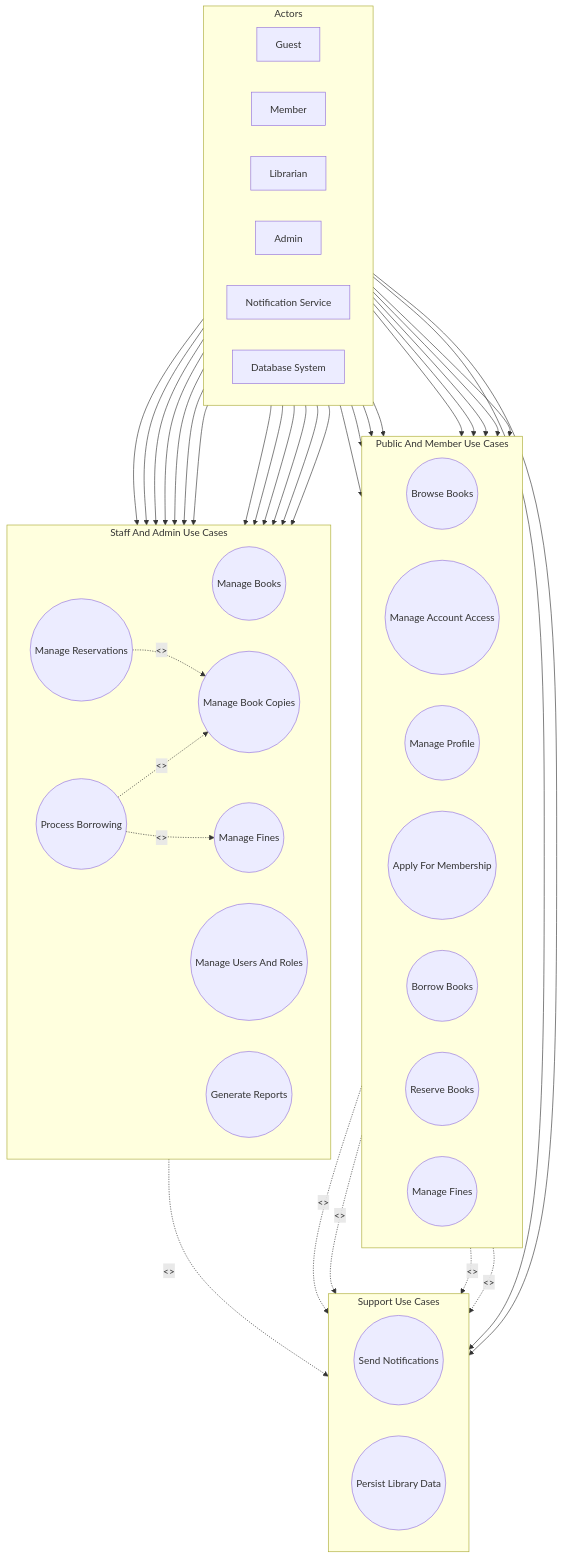
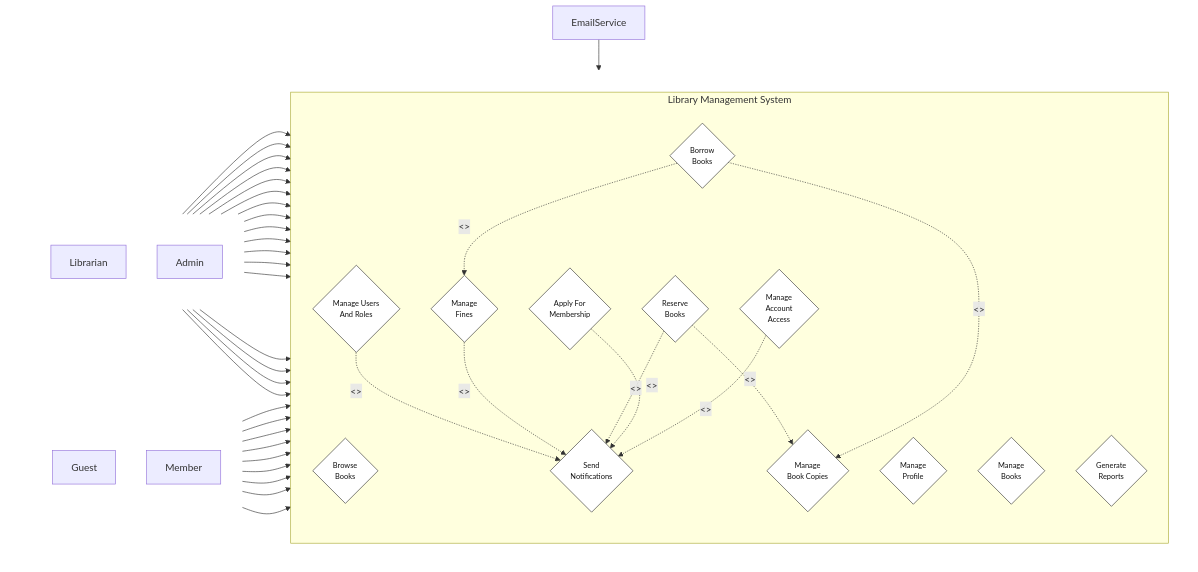
One commit to SWP391-LibraryManagement/LibraryManagement changed the diagram in document/RDS.md. Above: the diagram before and after it, drawn with Mermaid. The commit also changed other lines of this file, not shown here.

Commit message:
rds: remake presentation of use case diagram

````diff
--- a/document/RDS.md
+++ b/document/RDS.md
@@ -112,76 +111,82 @@
 ```mermaid
 flowchart TB
-  subgraph Actors[Actors]
+  subgraph TopRow[" "]
     direction LR
-    Guest[Guest]
-    Member[Member]
-    Librarian[Librarian]
-    Admin[Admin]
-    NotificationService[Notification Service]
-    DatabaseSystem[Database System]
+    subgraph LeftActors[" "]
+      direction TB
+      Guest[Guest]
+      Member[Member]
+    end
+
+    subgraph LMS[Library Management System]
+      direction TB
+      UC01{"Browse<br/>Books"}
+      UC02{"Manage<br/>Account<br/>Access"}
+      UC03{"Manage<br/>Profile"}
+      UC04{"Apply For<br/>Membership"}
+      UC05{"Manage<br/>Books"}
+      UC06{"Manage<br/>Book Copies"}
+      UC07{"Borrow<br/>Books"}
+      UC08{"Reserve<br/>Books"}
+      UC09{"Manage<br/>Fines"}
+      UC10{"Send<br/>Notifications"}
+      UC11{"Manage Users<br/>And Roles"}
+      UC12{"Generate<br/>Reports"}
+    end
+
+    subgraph RightActors[" "]
+      direction TB
+      Librarian[Librarian]
+      Admin[Admin]
+    end
   end
 
-  subgraph PublicMember[Public And Member Use Cases]
-    direction LR
-    UC01((Browse Books))
-    UC02((Manage Account Access))
-    UC03((Manage Profile))
-    UC04((Apply For Membership))
-    UC07((Borrow Books))
-    UC08((Reserve Books))
-    UC09((Manage Fines))
-  end
-
-  subgraph StaffAdmin[Staff And Admin Use Cases]
-    direction LR
-    UC05((Manage Books))
-    UC06((Manage Book Copies))
-    UC07S((Process Borrowing))
-    UC08S((Manage Reservations))
-    UC09S((Manage Fines))
-    UC11((Manage Users And Roles))
-    UC12((Generate Reports))
-  end
-
-  subgraph Support[Support Use Cases]
-    direction LR
-    UC10((Send Notifications))
-    UCDB((Persist Library Data))
-  end
+  EmailService[EmailService]
 
   Guest --> UC01
   Guest --> UC02
+
   Member --> UC01
   Member --> UC02
   Member --> UC03
   Member --> UC04
   Member --> UC07
   Member --> UC08
   Member --> UC09
 
+  Librarian --> UC04
   Librarian --> UC05
   Librarian --> UC06
-  Librarian --> UC07S
-  Librarian --> UC08S
-  Librarian --> UC09S
+  Librarian --> UC07
+  Librarian --> UC08
+  Librarian --> UC09
+  Librarian --> UC10
   Librarian --> UC12
+
+  Admin --> UC04
   Admin --> UC05
   Admin --> UC06
-  Admin --> UC07S
-  Admin --> UC08S
-  Admin --> UC09S
+  Admin --> UC07
+  Admin --> UC08
+  Admin --> UC09
+  Admin --> UC10
   Admin --> UC11
   Admin --> UC12
+
+  EmailService --> UC10
 
   UC02 -. "<<include>>" .-> UC10
   UC04 -. "<<include>>" .-> UC10
   UC08 -. "<<include>>" .-> UC10
   UC09 -. "<<include>>" .-> UC10
   UC11 -. "<<include>>" .-> UC10
-  UC07S -. "<<include>>" .-> UC06
-  UC08S -. "<<include>>" .-> UC06
-  UC07S -. "<<extend>>" .-> UC09S
+  UC07 -. "<<include>>" .-> UC06
+  UC08 -. "<<include>>" .-> UC06
+  UC07 -. "<<extend>>" .-> UC09
 
-  NotificationService --> UC10
-  DatabaseSystem --> UCDB
+  classDef usecase fill:#ffffff,stroke:#333333,stroke-width:1px,font-size:12px,color:#111111;
+  class UC01,UC02,UC03,UC04,UC05,UC06,UC07,UC08,UC09,UC10,UC11,UC12 usecase;
+  style TopRow fill:transparent,stroke:transparent;
+  style LeftActors fill:transparent,stroke:transparent;
+  style RightActors fill:transparent,stroke:transparent;
 ```
````
